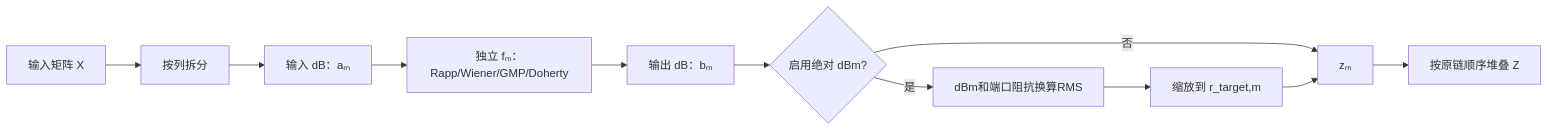
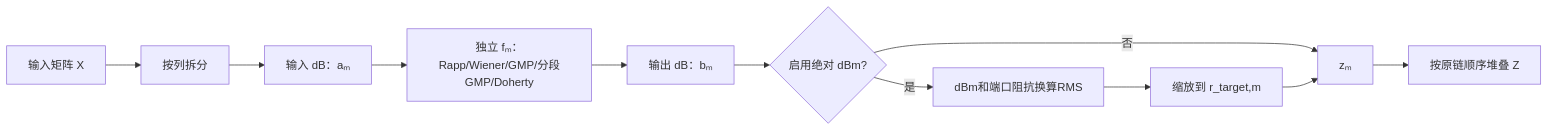
The sixth of 10 diagrams in doc/PaModel.md (niyilu45/DPD_ILC), drawn with Mermaid before and after one commit. The commit also changed other lines of this file and 17 other files, not shown here.

````diff
--- a/doc/PaModel.md
+++ b/doc/PaModel.md
@@ -1472,13 +1607,13 @@
 ```mermaid
 flowchart LR
     matrix["输入矩阵 X"] --> split["按列拆分"]
     split --> in0["输入 dB：aₘ"]
-    in0 --> pa0["独立 fₘ：Rapp/Wiener/GMP/Doherty"]
+    in0 --> pa0["独立 fₘ：Rapp/Wiener/GMP/分段GMP/Doherty"]
     pa0 --> out0["输出 dB：bₘ"]
     out0 --> target{"启用绝对 dBm?"}
     target -->|否| column["zₘ"]
     target -->|是| convert["dBm和端口阻抗换算RMS"]
     convert --> normalize["缩放到 r_target,m"]
     normalize --> column
     column --> stack["按原链顺序堆叠 Z"]
 ```
````
